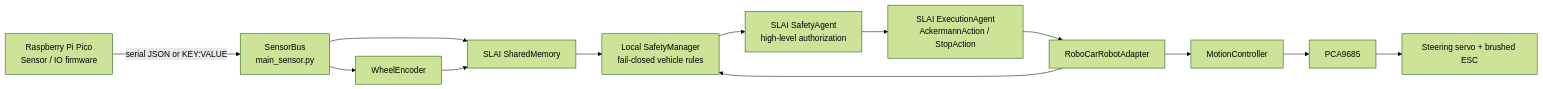
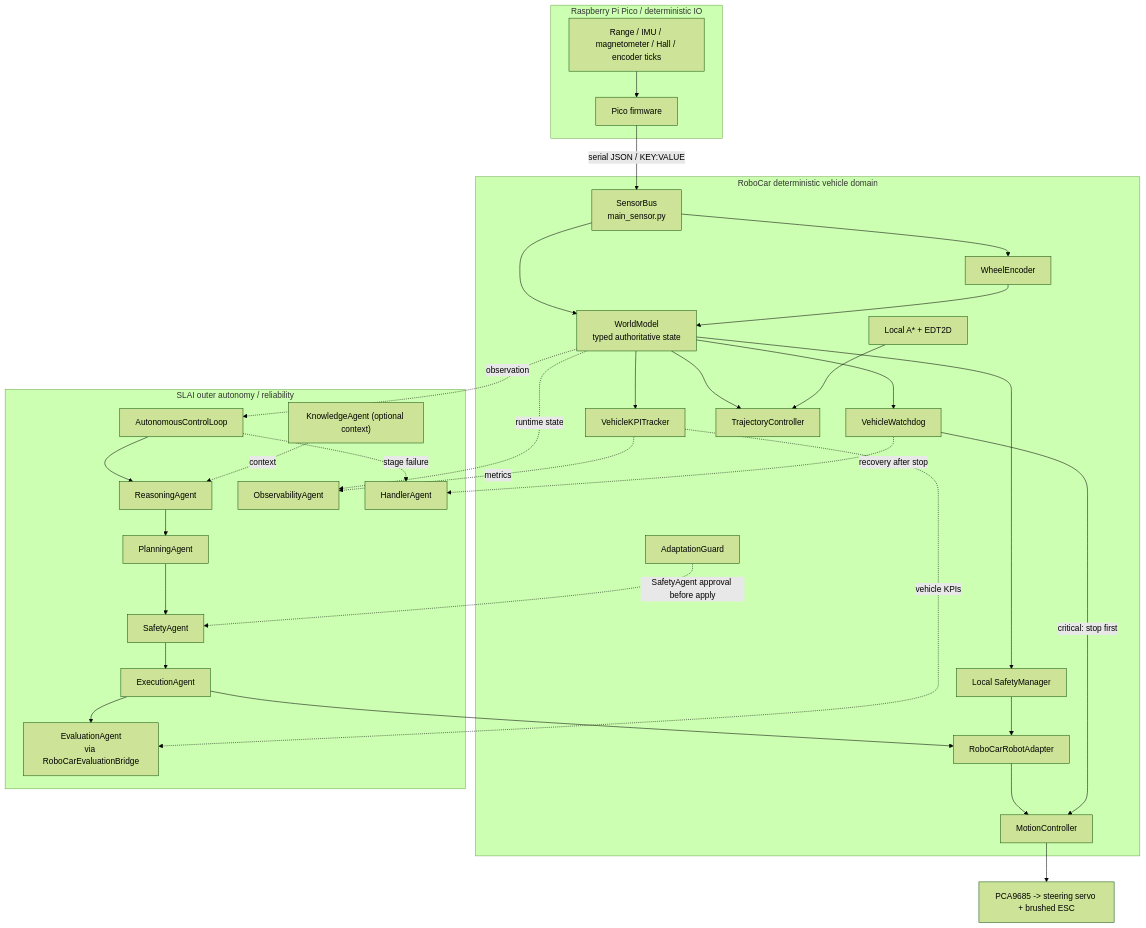
One commit to The-Outsider-97/RoboCar changed the diagram in README.md. Above: the diagram before and after it, drawn with Mermaid (forest theme). The commit also changed other lines of this file, not shown here.

Commit message:
docs: align RoboCar README with current autonomy architecture

````diff
--- a/README.md
+++ b/README.md
@@ -35,27 +64,62 @@
 ```mermaid
-flowchart LR
-    Pico["Raspberry Pi Pico\nSensor / IO firmware"]
-    SB["SensorBus\nmain_sensor.py"]
-    SM["SLAI SharedMemory"]
-    LS["Local SafetyManager\nfail-closed vehicle rules"]
-    SA["SLAI SafetyAgent\nhigh-level authorization"]
-    EA["SLAI ExecutionAgent\nAckermannAction / StopAction"]
-    RA["RoboCarRobotAdapter"]
-    MC["MotionController"]
-    PWM["PCA9685"]
-    HW["Steering servo + brushed ESC"]
-    WE["WheelEncoder"]
+flowchart TB
+    subgraph MCU["Raspberry Pi Pico / deterministic IO"]
+        SENSORS["Range / IMU / magnetometer / Hall / encoder ticks"]
+        PICO["Pico firmware"]
+        SENSORS --> PICO
+    end
 
-    Pico -->|serial JSON or KEY:VALUE| SB
-    SB --> SM
+    subgraph VEHICLE["RoboCar deterministic vehicle domain"]
+        SB["SensorBus\nmain_sensor.py"]
+        WE["WheelEncoder"]
+        WM["WorldModel\ntyped authoritative state"]
+        LS["Local SafetyManager"]
+        KPI["VehicleKPITracker"]
+        WD["VehicleWatchdog"]
+        TC["TrajectoryController"]
+        ASTAR["Local A* + EDT2D"]
+        AG["AdaptationGuard"]
+        RA["RoboCarRobotAdapter"]
+        MC["MotionController"]
+    end
+
+    subgraph SLAI["SLAI outer autonomy / reliability"]
+        ACL["AutonomousControlLoop"]
+        REASON["ReasoningAgent"]
+        PLAN["PlanningAgent"]
+        SAFETY["SafetyAgent"]
+        EXEC["ExecutionAgent"]
+        EVAL["EvaluationAgent\nvia RoboCarEvaluationBridge"]
+        OBS["ObservabilityAgent"]
+        HANDLER["HandlerAgent"]
+        KNOW["KnowledgeAgent (optional context)"]
+    end
+
+    ACT["PCA9685 -> steering servo + brushed ESC"]
+
+    PICO -->|"serial JSON / KEY:VALUE"| SB
     SB --> WE
-    WE --> SM
-    SM --> LS
-    LS --> SA
-    SA --> EA
-    EA --> RA
-    RA --> LS
-    RA --> MC
-    MC --> PWM
-    PWM --> HW
+    SB --> WM
+    WE --> WM
+    WM --> LS
+    WM --> KPI
+    WM --> WD
+    WM --> TC
+    ASTAR --> TC
+
+    ACL --> REASON --> PLAN --> SAFETY --> EXEC --> EVAL
+    KNOW -. context .-> REASON
+    WM -. observation .-> ACL
+    KPI -. vehicle KPIs .-> EVAL
+
+    EXEC --> RA
+    LS --> RA
+    RA --> MC --> ACT
+
+    WD -->|"critical: stop first"| MC
+    WD -. recovery after stop .-> HANDLER
+    ACL -. stage failure .-> HANDLER
+    WM -. runtime state .-> OBS
+    KPI -. metrics .-> OBS
+    AG -. SafetyAgent approval before apply .-> SAFETY
 ```
````
